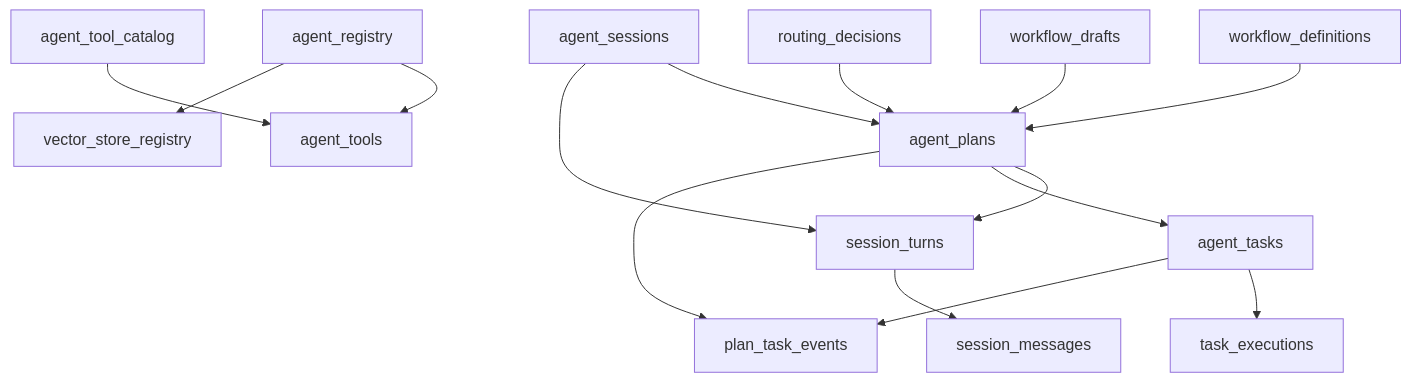
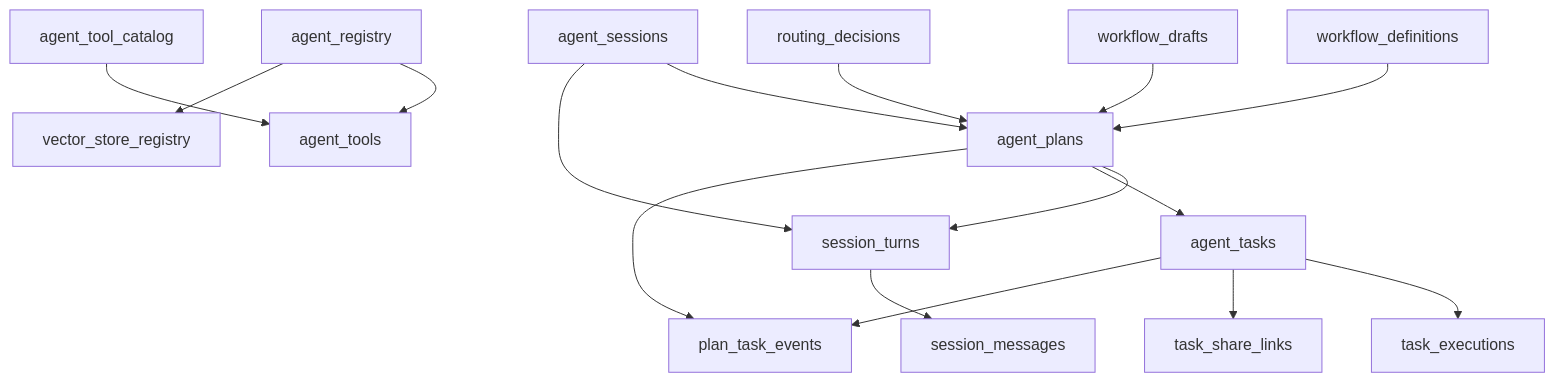
The first of 2 diagrams in docs/design/07-data-model-and-sql.md (letmetocode/agent), drawn with Mermaid before and after one commit. The commit also changed other lines of this file and 13 other files, not shown here.

````diff
--- a/docs/design/07-data-model-and-sql.md
+++ b/docs/design/07-data-model-and-sql.md
@@ -47,17 +48,18 @@
 ```mermaid
 flowchart TD
     S[agent_sessions] --> P[agent_plans]
     S --> ST[session_turns]
     ST --> SM[session_messages]
     P --> ST
     D[workflow_definitions] --> P
     W[workflow_drafts] --> P
     R[routing_decisions] --> P
     P --> K[agent_tasks]
     K --> E[task_executions]
     P --> EV[plan_task_events]
+    K --> SL[task_share_links]
     K --> EV
     R1[agent_registry] --> AT[agent_tools]
     C[agent_tool_catalog] --> AT
     R1 --> VS[vector_store_registry]
 ```
````
